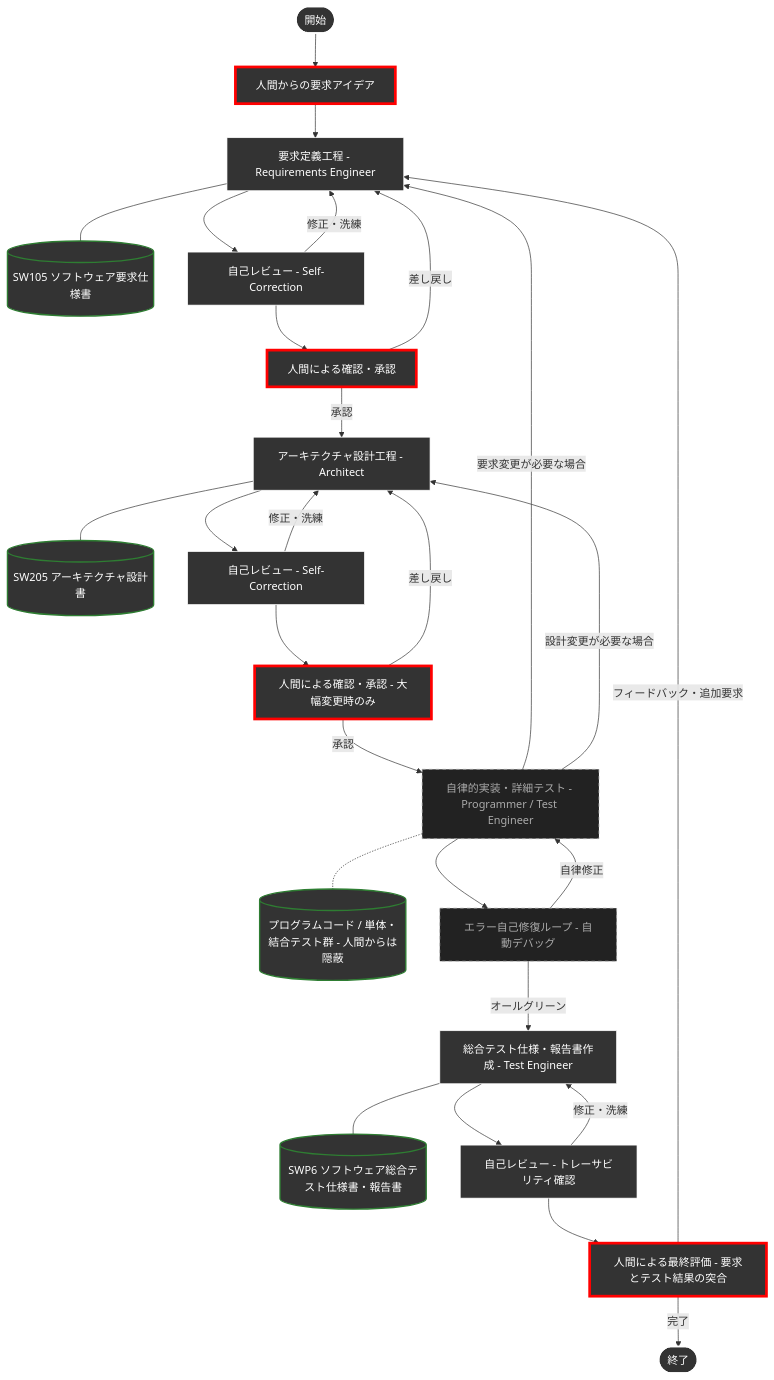
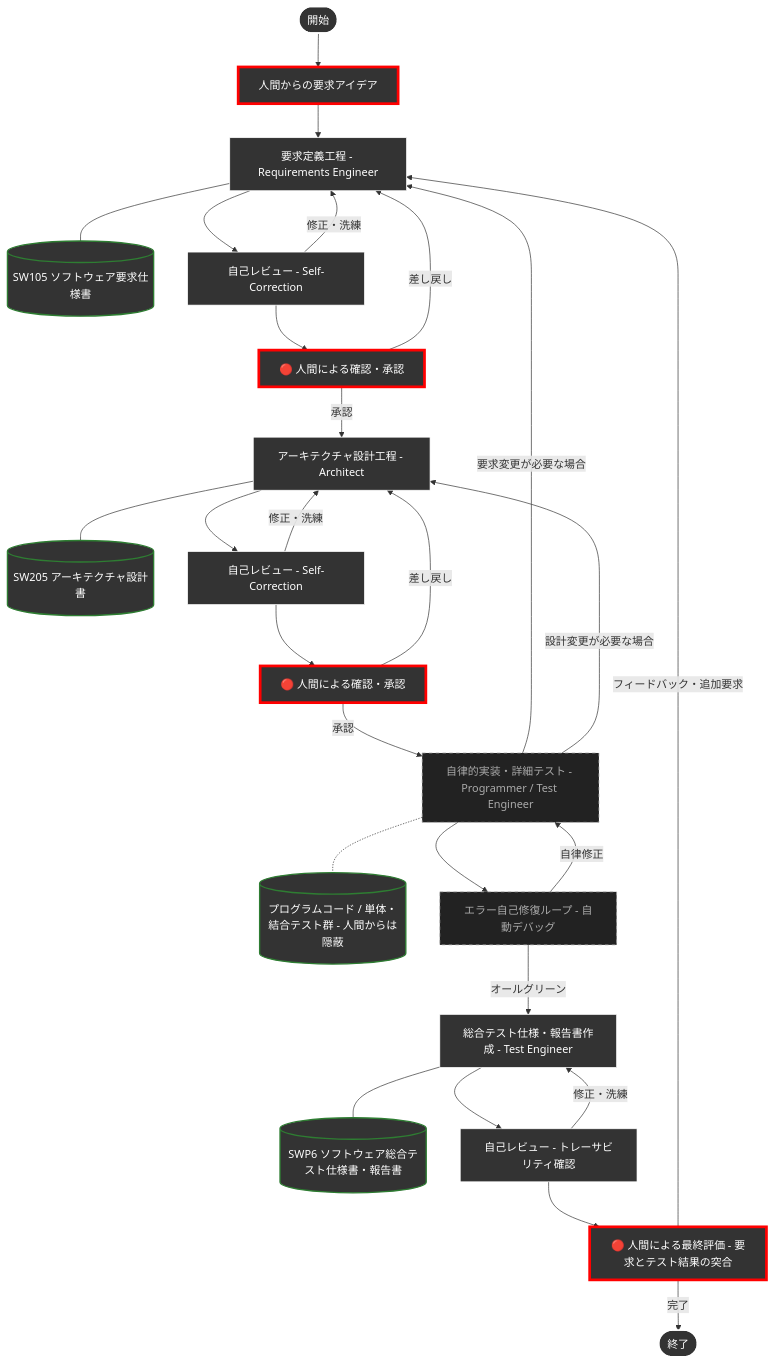
Before and after one commit to yamaPiT/AntigravityTemplate: the diagram in README.md, drawn with Mermaid. The commit also changed other lines of this file, not shown here.

````diff
--- a/README.md
+++ b/README.md
@@ -76,46 +83,46 @@
 ```mermaid
 graph TD
     Start(["開始"]) --> UserReq["人間からの要求アイデア"]
     UserReq --> Req["要求定義工程 - Requirements Engineer"]
     Req --- ReqDoc[("SW105 ソフトウェア要求仕様書")]
     Req --> ReqRev["自己レビュー - Self-Correction"]
     ReqRev -- 修正・洗練 --> Req
-    ReqRev --> ReqHum["人間による確認・承認"]
+    ReqRev --> ReqHum["🔴 人間による確認・承認"]
     ReqHum -- 差し戻し --> Req
     ReqHum -- 承認 --> Arch["アーキテクチャ設計工程 - Architect"]
 
     Arch --- ArchDoc[("SW205 アーキテクチャ設計書")]
     Arch --> ArchRev["自己レビュー - Self-Correction"]
     ArchRev -- 修正・洗練 --> Arch
-    ArchRev --> ArchHum["人間による確認・承認 - 大幅変更時のみ"]
+    ArchRev --> ArchHum["🔴 人間による確認・承認"]
     ArchHum -- 差し戻し --> Arch
     ArchHum -- 承認 --> Impl["自律的実装・詳細テスト - Programmer / Test Engineer"]
 
     Impl -.- ProgDoc[("プログラムコード / 単体・結合テスト群 - 人間からは隠蔽")]
     Impl --> ImplLoop["エラー自己修復ループ - 自動デバッグ"]
     ImplLoop -- 自律修正 --> Impl
     Impl -- 要求変更が必要な場合 --> Req
     Impl -- 設計変更が必要な場合 --> Arch
     ImplLoop -- オールグリーン --> Test["総合テスト仕様・報告書作成 - Test Engineer"]
 
     Test --- TestDoc[("SWP6 ソフトウェア総合テスト仕様書・報告書")]
     Test --> TestRev["自己レビュー - トレーサビリティ確認"]
     TestRev -- 修正・洗練 --> Test
 
-    TestRev --> Approve["人間による最終評価 - 要求とテスト結果の突合"]
+    TestRev --> Approve["🔴 人間による最終評価 - 要求とテスト結果の突合"]
     Approve -- フィードバック・追加要求 --> Req
     Approve -- 完了 --> End(["終了"])
 
     %% スタイル定義
     classDef human fill:#333333,stroke:#ff0000,stroke-width:4px,color:#ffffff;
     classDef agent fill:#333333,stroke:#FFFFFF,stroke-width:1px,color:#ffffff;
     classDef doc fill:#333333,stroke:#2e7d32,stroke-width:2px,color:#ffffff;
     classDef hiddenAgent fill:#222222,stroke:#aaaaaa,stroke-width:1px,stroke-dasharray: 5 5,color:#aaaaaa;
     classDef startEnd fill:#333333,stroke:#ffffff,stroke-width:2px,color:#ffffff;
 
     class UserReq,ReqHum,ArchHum,Approve human;
     class Req,ReqRev,Arch,ArchRev,Test,TestRev agent;
     class Impl,ImplLoop hiddenAgent;
     class ReqDoc,ArchDoc,ProgDoc,TestDoc doc;
     class Start,End startEnd;
 ```
````
